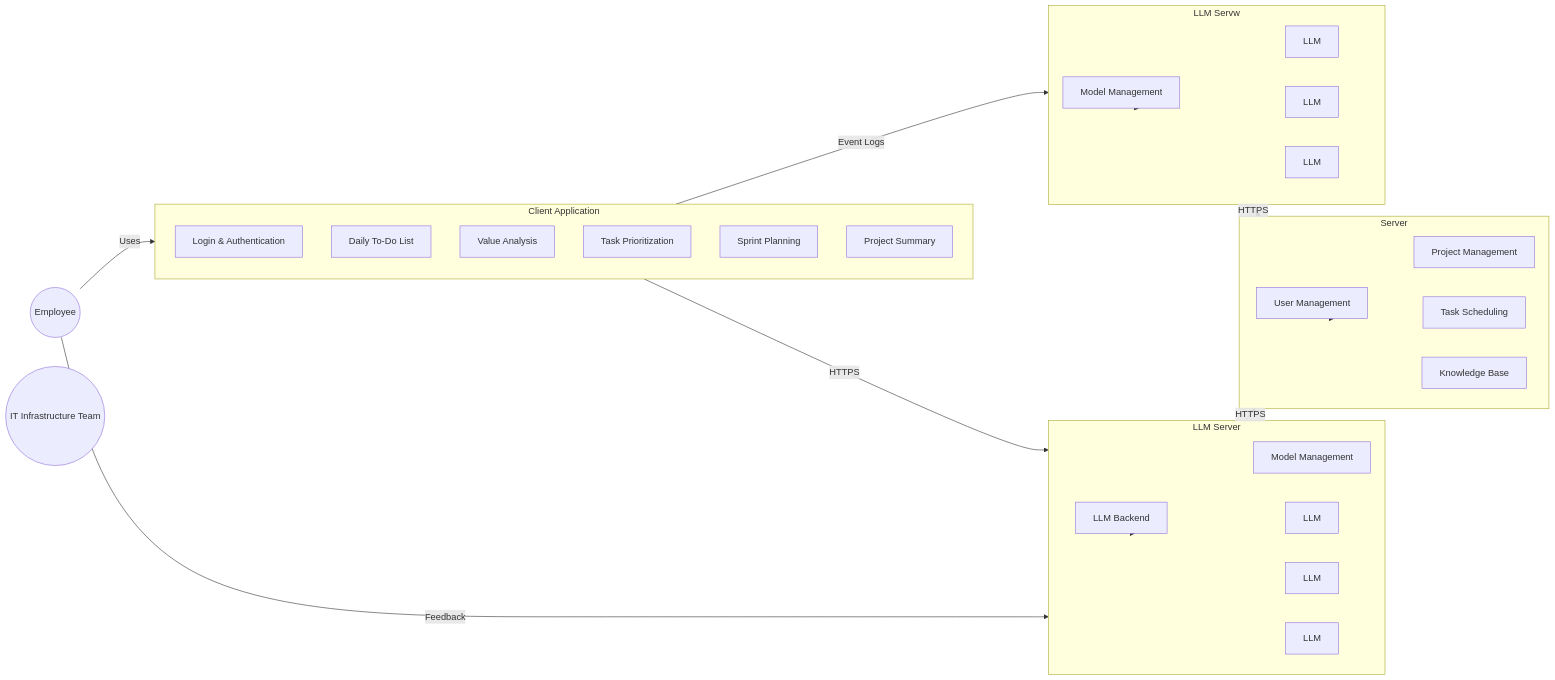
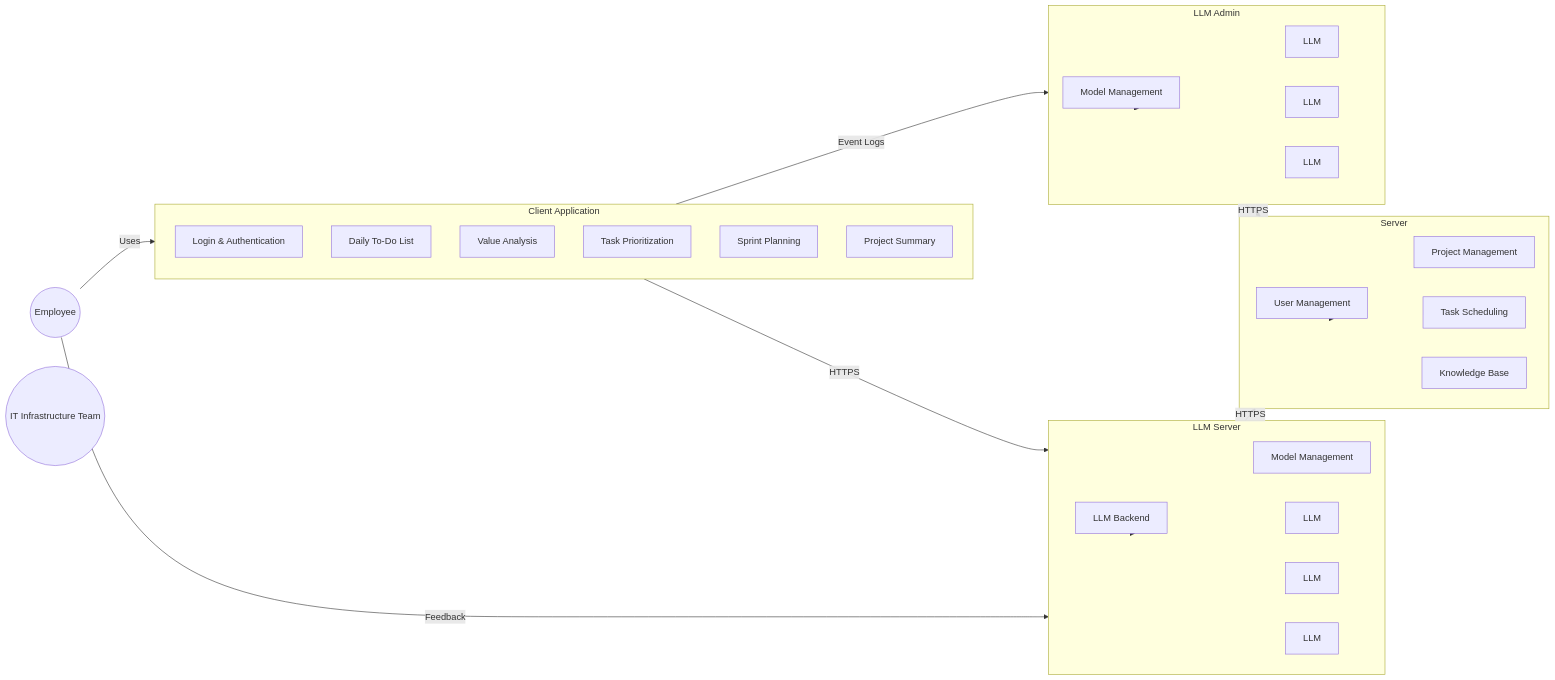
The diagram in documentation/FEATURES.md (KnightNight101/UoR_APP), drawn with Mermaid before and after one commit. The commit also changed other lines of this file and 1 other file, not shown here.

````diff
--- a/documentation/FEATURES.md
+++ b/documentation/FEATURES.md
@@ -17,61 +61,60 @@
 ```mermaid
 flowchart LR
-
     subgraph ClientApp [Client Application]
         Login[Login & Authentication]
         ToDo[Daily To-Do List]
         Value[Value Analysis]
         Prioritize[Task Prioritization]
         Sprint[Sprint Planning]
         Summary[Project Summary]
     end
 
     subgraph LLMServer [LLM Server]
         LLMBackend[LLM Backend]
         ModelMgmt[Model Management]
         LLM1[LLM]
         LLM2[LLM]
         LLM3[LLM]
     end
 
     subgraph AppServer [Server]
         UserMgmt[User Management]
         ProjectMgmt[Project Management]
         TaskSched[Task Scheduling]
         KB[Knowledge Base]
     end
 
-    subgraph AdminLLM [LLM Servw]
+    subgraph AdminLLM [LLM Admin]
         AdminModelMgmt[Model Management]
         AdminLLM1[LLM]
         AdminLLM2[LLM]
         AdminLLM3[LLM]
     end
 
     User((Employee))
     ITTeam((IT Infrastructure Team))
 
     User -->|Uses| ClientApp
     User -->|Feedback| LLMServer
 
     ClientApp -->|HTTPS| LLMServer
     ClientApp -->|Event Logs| AdminLLM
     LLMServer -->|HTTPS| AppServer
     AdminLLM -->|HTTPS| AppServer
 
     LLMServer --> LLMBackend
     LLMServer --> ModelMgmt
     LLMServer --> LLM1
     LLMServer --> LLM2
     LLMServer --> LLM3
 
     AdminLLM --> AdminModelMgmt
     AdminLLM --> AdminLLM1
     AdminLLM --> AdminLLM2
     AdminLLM --> AdminLLM3
 
     AppServer --> UserMgmt
     AppServer --> ProjectMgmt
     AppServer --> TaskSched
     AppServer --> KB
 ```
````
